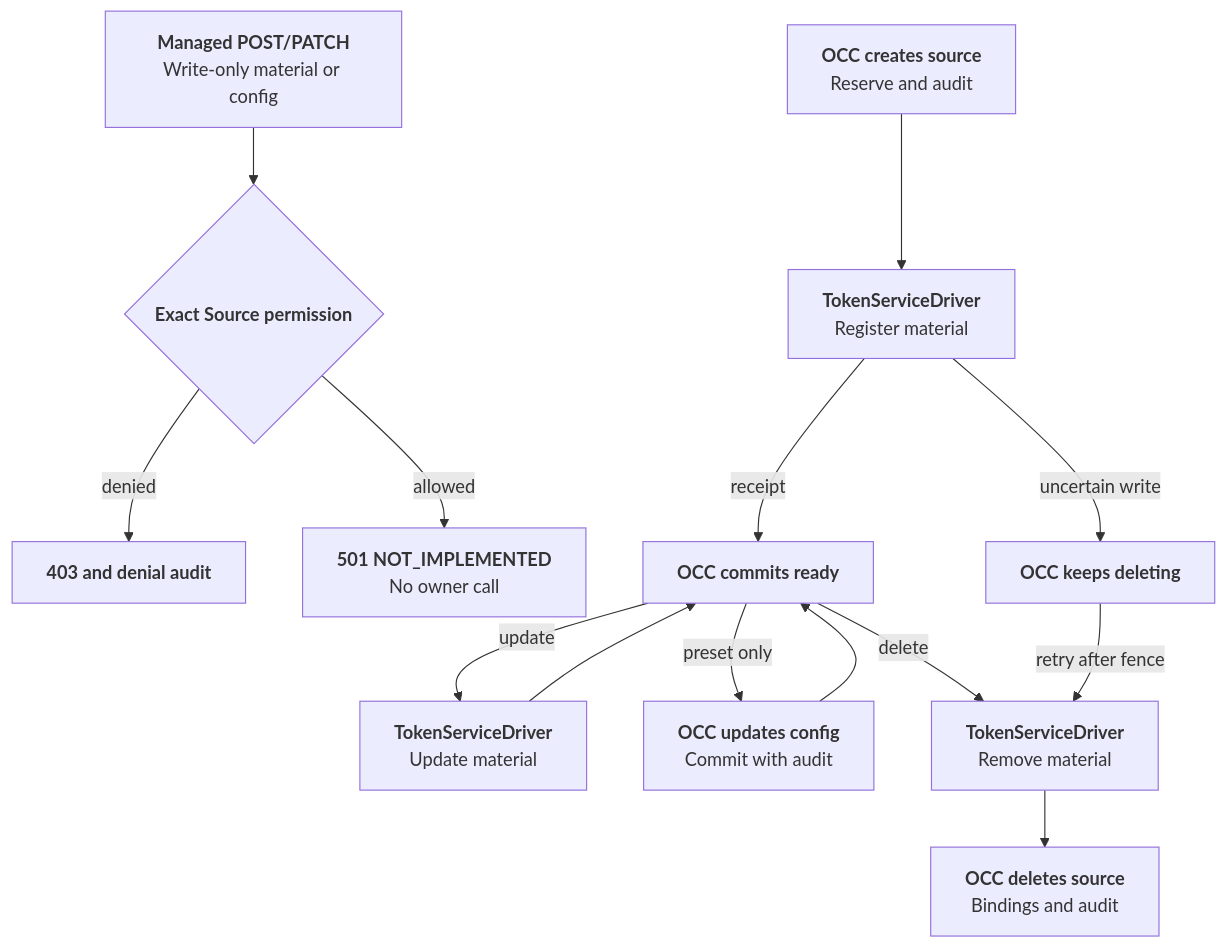
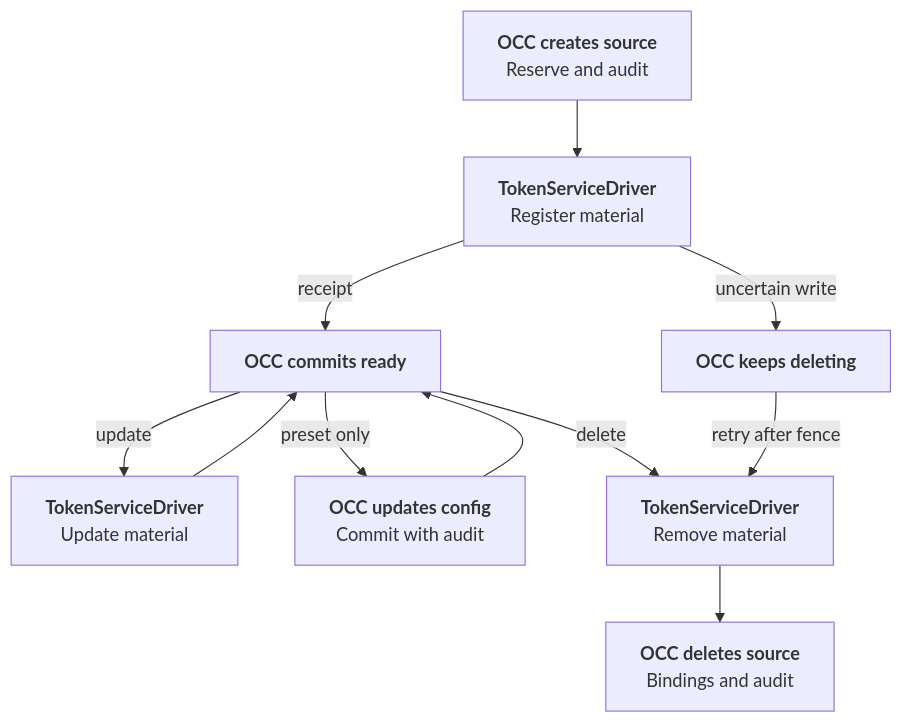
The diagram in docs/flows/token-service-static-custody.md (openclaw/openclaw-enterprise), drawn with Mermaid before and after one commit. The commit also changed other lines of this file and 1 other file, not shown here.

````diff
--- a/docs/flows/token-service-static-custody.md
+++ b/docs/flows/token-service-static-custody.md
@@ -32,16 +30,13 @@
 ```mermaid
 graph TD
-  P["<b>Managed POST/PATCH</b><br/>Write-only material or config"] --> Q{"<b>Exact Source permission</b>"}
-  Q -->|denied| R["<b>403 and denial audit</b>"]
-  Q -->|allowed| S["<b>501 NOT_IMPLEMENTED</b><br/>No owner call"]
   A["<b>OCC creates source</b><br/>Reserve and audit"] --> B["<b>TokenServiceDriver</b><br/>Register material"]
   B -->|receipt| C["<b>OCC commits ready</b>"]
   B -->|uncertain write| D["<b>OCC keeps deleting</b>"]
   C -->|update| E["<b>TokenServiceDriver</b><br/>Update material"]
   E --> C
   C -->|preset only| H["<b>OCC updates config</b><br/>Commit with audit"]
   H --> C
   C -->|delete| F["<b>TokenServiceDriver</b><br/>Remove material"]
   D -->|retry after fence| F
   F --> G["<b>OCC deletes source</b><br/>Bindings and audit"]
 ```
````
